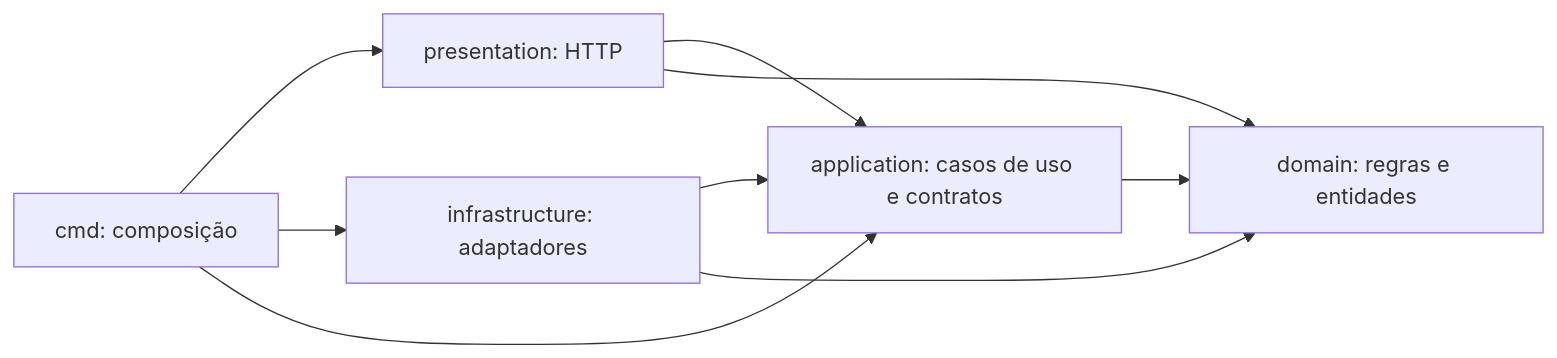
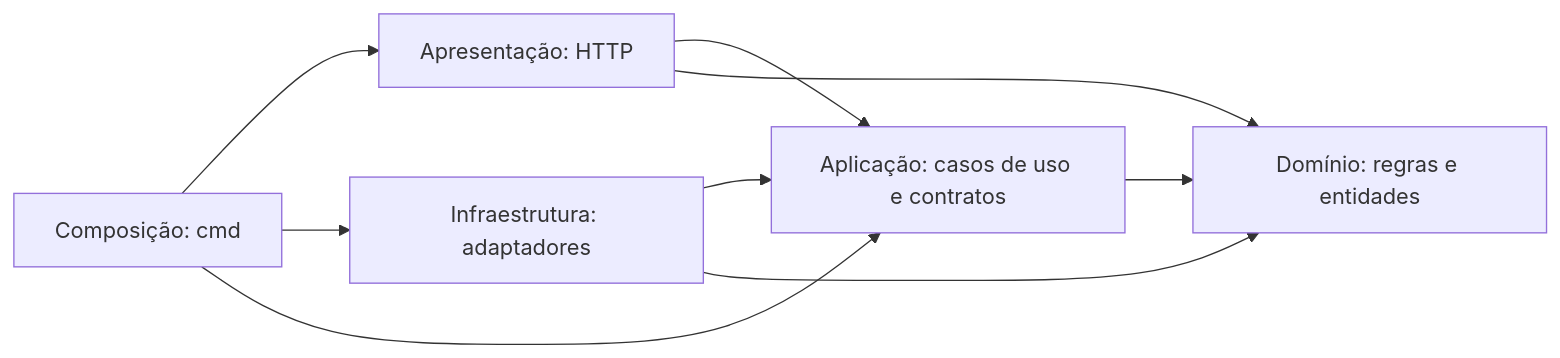
The diagram in docs/07-clean-architecture.md (Tech-Challenge-17SOAT-Oficina-Mecanica/pos-fiap-oficina-mecanica), drawn with Mermaid before and after one commit. The commit also changed other lines of this file and 1 other file, not shown here.

Commit message:
docs: consolida boas praticas de Clean Code e Clean Architecture

````diff
--- a/docs/07-clean-architecture.md
+++ b/docs/07-clean-architecture.md
@@ -27,11 +32,11 @@
 ```mermaid
 flowchart LR
-    C[cmd: composição] --> P[presentation: HTTP]
-    C --> I[infrastructure: adaptadores]
-    C --> A[application: casos de uso e contratos]
+    C[Composição: cmd] --> P[Apresentação: HTTP]
+    C --> I[Infraestrutura: adaptadores]
+    C --> A[Aplicação: casos de uso e contratos]
     P --> A
-    P --> D[domain: regras e entidades]
+    P --> D[Domínio: regras e entidades]
     I --> A
     I --> D
     A --> D
 ```
````
